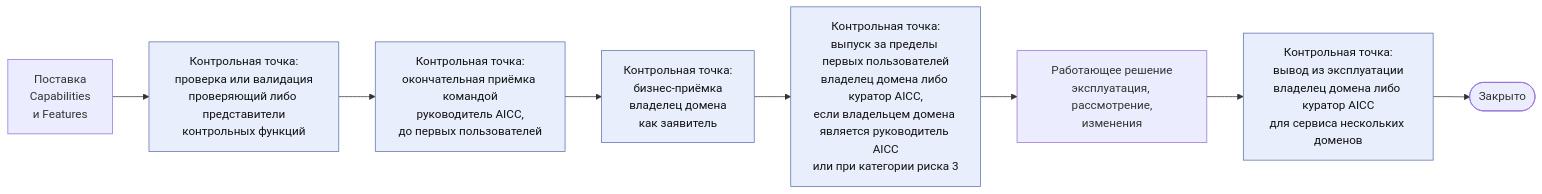
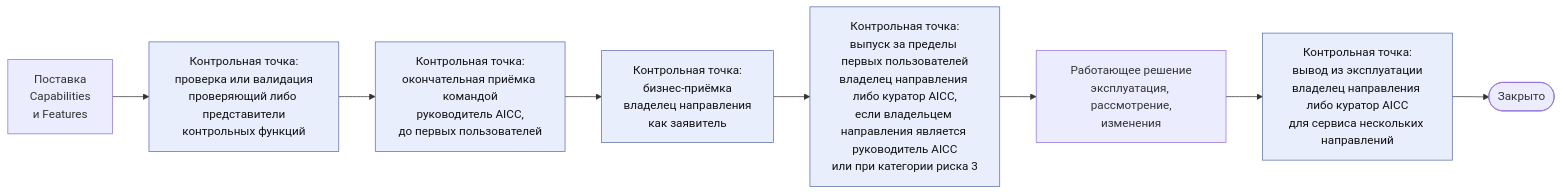
One commit to devhogu/ob-aicc changed the third of 5 diagrams in charter/ru/guides/service-delivery-guide.md. Above: the diagram before and after it, drawn with Mermaid. The commit also changed other lines of this file and 290 other files, not shown here.

First line of the commit message:
Russian edition: Domain is «направление» (владелец направления, эксперт направления); Strategic Priority 3 is «AI в работе направлений Банка»

````diff
--- a/charter/ru/guides/service-delivery-guide.md
+++ b/charter/ru/guides/service-delivery-guide.md
@@ -63,12 +63,12 @@
 ```mermaid
 flowchart LR
   DV["Поставка<br/>Capabilities<br/>и Features"] --> G4["Контрольная точка:<br/>проверка или валидация<br/>проверяющий либо представители<br/>контрольных функций"]
   G4 --> G4B["Контрольная точка:<br/>окончательная приёмка командой<br/>руководитель AICC,<br/>до первых пользователей"]
-  G4B --> G5["Контрольная точка:<br/>бизнес-приёмка<br/>владелец домена<br/>как заявитель"]
-  G5 --> G6["Контрольная точка:<br/>выпуск за пределы первых пользователей<br/>владелец домена либо куратор AICC,<br/>если владельцем домена является руководитель AICC<br/>или при категории риска 3"]
+  G4B --> G5["Контрольная точка:<br/>бизнес-приёмка<br/>владелец направления<br/>как заявитель"]
+  G5 --> G6["Контрольная точка:<br/>выпуск за пределы первых пользователей<br/>владелец направления либо куратор AICC,<br/>если владельцем направления является руководитель AICC<br/>или при категории риска 3"]
   G6 --> LV["Работающее решение<br/>эксплуатация, рассмотрение,<br/>изменения"]
-  LV --> G7["Контрольная точка:<br/>вывод из эксплуатации<br/>владелец домена либо куратор AICC<br/>для сервиса нескольких доменов"]
+  LV --> G7["Контрольная точка:<br/>вывод из эксплуатации<br/>владелец направления либо куратор AICC<br/>для сервиса нескольких направлений"]
   G7 --> CL(["Закрыто"])
   classDef gate fill:#e8eefc,stroke:#5a6fa8,color:#111
   class G4,G4B,G5,G6,G7 gate
 ```
````
